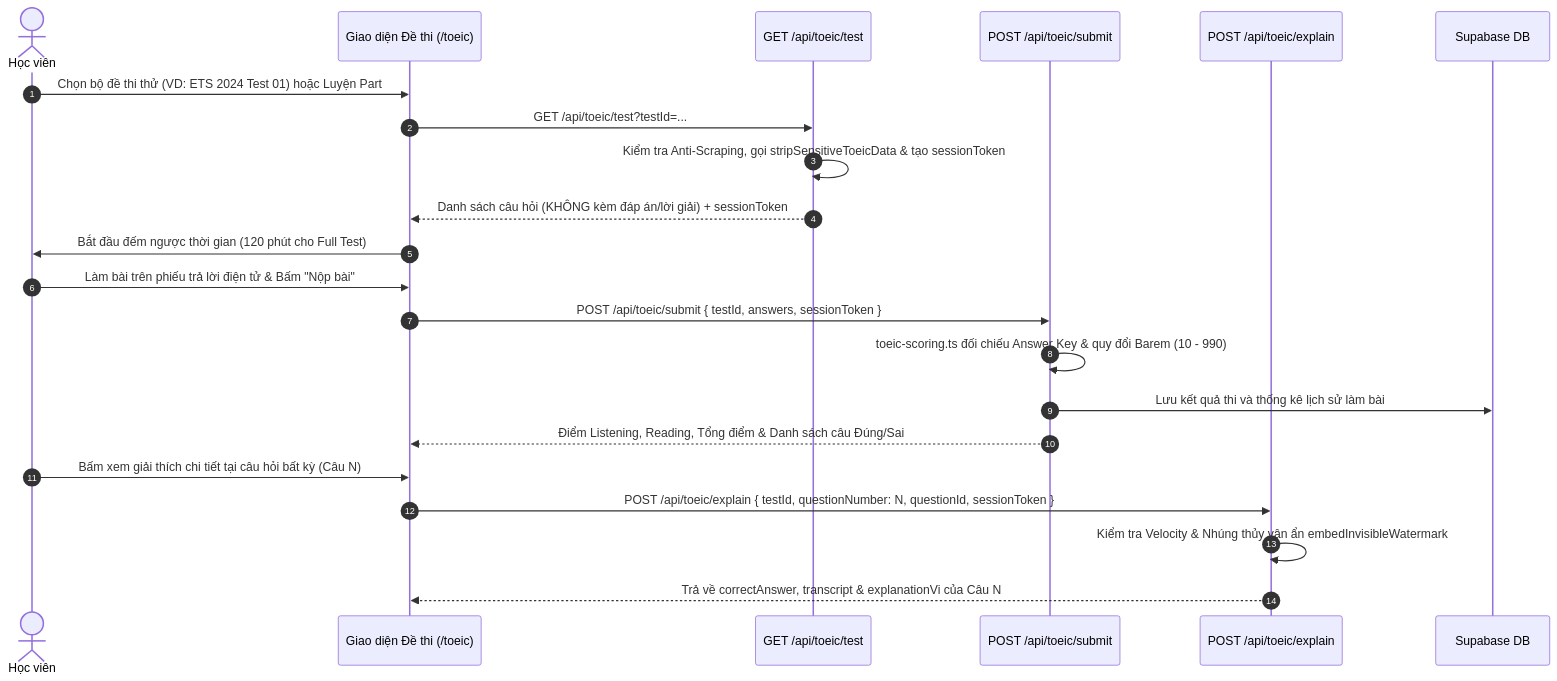
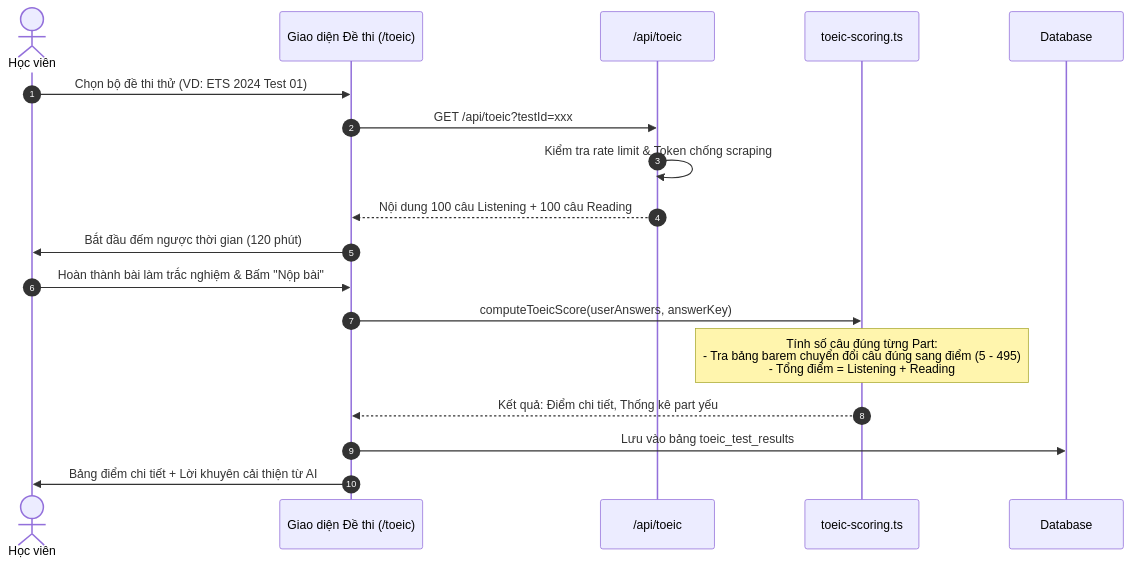
One commit to FengProfessor/Vocab changed the third of 3 diagrams in agent/docs/SRS_04_TOEIC_LISTENING_EXAM.md. Above: the diagram before and after it, drawn with Mermaid. The commit also changed other lines of this file and 9 other files, not shown here.

Commit message:
docs: document .Net setup, srs, system architect

````diff
--- a/agent/docs/SRS_04_TOEIC_LISTENING_EXAM.md
+++ b/agent/docs/SRS_04_TOEIC_LISTENING_EXAM.md
@@ -107,25 +105,21 @@
 ```mermaid
 sequenceDiagram
     autonumber
     actor Student as Học viên
     participant ExamUI as Giao diện Đề thi (/toeic)
-    participant TestAPI as GET /api/toeic/test
-    participant SubmitAPI as POST /api/toeic/submit
-    participant ExplainAPI as POST /api/toeic/explain
-    participant DB as Supabase DB
+    participant API as /api/toeic
+    participant Barem as toeic-scoring.ts
+    participant DB as Database
 
-    Student->>ExamUI: Chọn bộ đề thi thử (VD: ETS 2024 Test 01) hoặc Luyện Part
-    ExamUI->>TestAPI: GET /api/toeic/test?testId=...
-    TestAPI->>TestAPI: Kiểm tra Anti-Scraping, gọi stripSensitiveToeicData & tạo sessionToken
-    TestAPI-->>ExamUI: Danh sách câu hỏi (KHÔNG kèm đáp án/lời giải) + sessionToken
-    ExamUI->>Student: Bắt đầu đếm ngược thời gian (120 phút cho Full Test)
-    Student->>ExamUI: Làm bài trên phiếu trả lời điện tử & Bấm "Nộp bài"
-    ExamUI->>SubmitAPI: POST /api/toeic/submit { testId, answers, sessionToken }
-    SubmitAPI->>SubmitAPI: toeic-scoring.ts đối chiếu Answer Key & quy đổi Barem (10 - 990)
-    SubmitAPI->>DB: Lưu kết quả thi và thống kê lịch sử làm bài
-    SubmitAPI-->>ExamUI: Điểm Listening, Reading, Tổng điểm & Danh sách câu Đúng/Sai
-    Student->>ExamUI: Bấm xem giải thích chi tiết tại câu hỏi bất kỳ (Câu N)
-    ExamUI->>ExplainAPI: POST /api/toeic/explain { testId, questionNumber: N, questionId, sessionToken }
-    ExplainAPI->>ExplainAPI: Kiểm tra Velocity & Nhúng thủy vân ẩn embedInvisibleWatermark
-    ExplainAPI-->>ExamUI: Trả về correctAnswer, transcript & explanationVi của Câu N
+    Student->>ExamUI: Chọn bộ đề thi thử (VD: ETS 2024 Test 01)
+    ExamUI->>API: GET /api/toeic?testId=xxx
+    API->>API: Kiểm tra rate limit & Token chống scraping
+    API-->>ExamUI: Nội dung 100 câu Listening + 100 câu Reading
+    ExamUI->>Student: Bắt đầu đếm ngược thời gian (120 phút)
+    Student->>ExamUI: Hoàn thành bài làm trắc nghiệm & Bấm "Nộp bài"
+    ExamUI->>Barem: computeToeicScore(userAnswers, answerKey)
+    Note over Barem: Tính số câu đúng từng Part:<br/>- Tra bảng barem chuyển đổi câu đúng sang điểm (5 - 495)<br/>- Tổng điểm = Listening + Reading
+    Barem-->>ExamUI: Kết quả: Điểm chi tiết, Thống kê part yếu
+    ExamUI->>DB: Lưu vào bảng toeic_test_results
+    ExamUI->>Student: Bảng điểm chi tiết + Lời khuyên cải thiện từ AI
 ```
````
